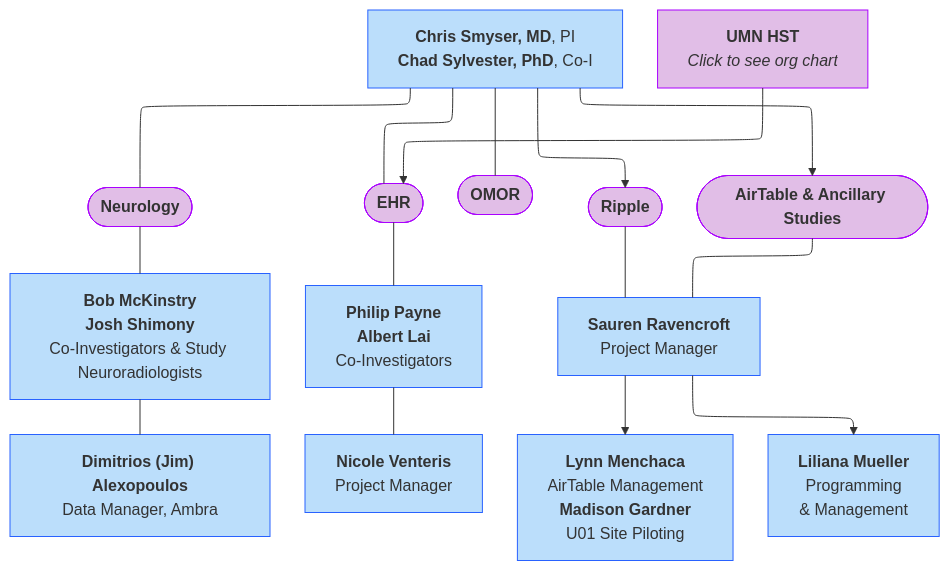
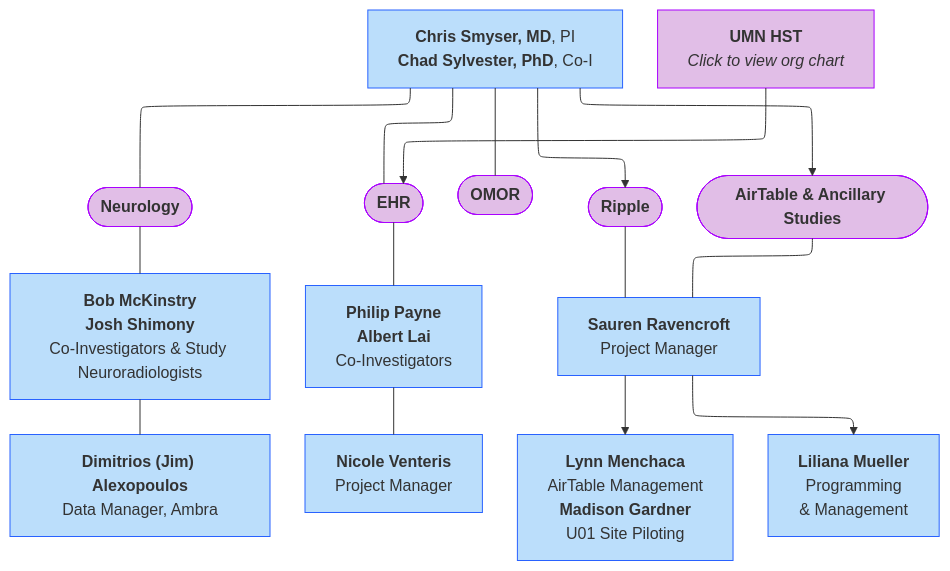
One commit to DCAN-Labs/hbcd-docs-internal changed the eighth of 9 diagrams in docs/orgcharts.md. Above: the diagram before and after it, drawn with Mermaid. The commit also changed other lines of this file, not shown here.

Commit message:
add washu to HST EHR team

````diff
--- a/docs/orgcharts.md
+++ b/docs/orgcharts.md
@@ -418,32 +417,32 @@
 ```mermaid
 ---
 config:
   layout: elk
 ---
 flowchart TB
     A["<b>Chris Smyser, MD</b>, PI<br><b>Chad Sylvester, PhD</b>, Co-I"] --- neurology(["<b>Neurology</b>"]) & C(["<b>EHR</b><br>"]) & n11(["<b>OMOR</b>"])
     neurology --- n1["<b>Bob McKinstry</b><br><b>Josh Shimony</b><br>Co-Investigators &amp; Study Neuroradiologists"]
     n1 --- n2["<b>Dimitrios (Jim) Alexopoulos</b><br>Data Manager, Ambra"]
     C --- n3["<b>Philip Payne</b><br><b>Albert Lai</b><br>Co-Investigators"]
     n3 --- n4["<b>Nicole Venteris</b><br>Project Manager"]
-    n12["<b>UMN HST</b><br><i>Click to see org chart</i>"] --> C
+    n12["<b>UMN HST</b><br><i>Click to view org chart</i>"] --> C
     n5(["<b>Ripple</b>"]) --- B["<b>Sauren Ravencroft</b><br>Project Manager"]
     A --> n5 & n6(["<b>AirTable &amp; Ancillary Studies</b>"])
     B --> n8["<b>Lynn Menchaca</b><br>AirTable Management<br><b>Madison Gardner</b><br>U01 Site Piloting"] & n9["<b>Liliana Mueller</b><br>Programming<br>&amp; Management"]
     n6 --- B
     style A fill:#BBDEFB,stroke:#2962FF
     style neurology fill:#E1BEE7,stroke:#AA00FF
     style C fill:#E1BEE7,stroke:#AA00FF
     style n11 fill:#E1BEE7,stroke:#AA00FF
     style n1 fill:#BBDEFB,stroke:#2962FF
     style n2 fill:#BBDEFB,stroke:#2962FF
     style n3 fill:#BBDEFB,stroke:#2962FF
     style n4 fill:#BBDEFB,stroke:#2962FF
     style n12 fill:#E1BEE7,stroke:#AA00FF
     style n5 fill:#E1BEE7,stroke:#AA00FF
     style B fill:#BBDEFB,stroke:#2962FF
     style n6 fill:#E1BEE7,stroke:#AA00FF
     style n8 fill:#BBDEFB,stroke:#2962FF
     style n9 fill:#BBDEFB,stroke:#2962FF
     click n12 "#health-sciences-technology"
 ```
````
